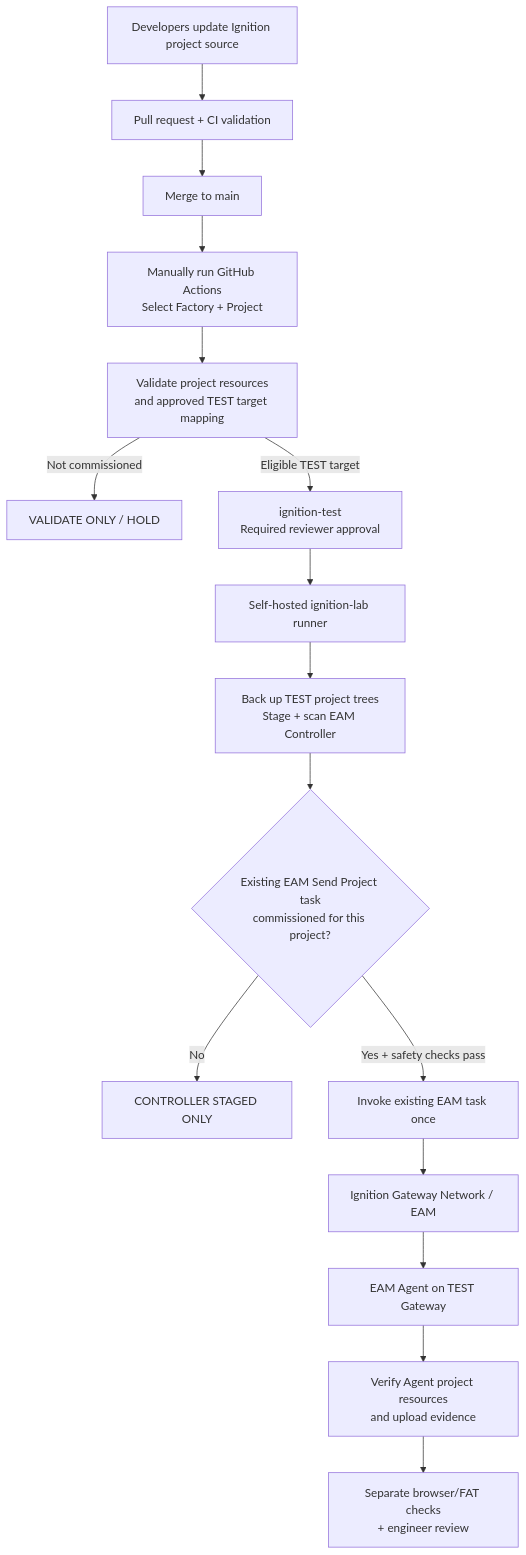
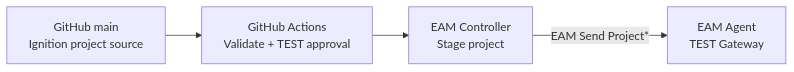
Before and after one commit to tomha85/ignition-cicd: the diagram in README.md, drawn with Mermaid. The commit also changed other lines of this file, not shown here.

Commit message:
docs: reduce CI/CD Mermaid to four main architecture blocks

````diff
--- a/README.md
+++ b/README.md
@@ -8,18 +8,6 @@
 ```mermaid
-flowchart TD
-    A["Developers update Ignition project source"] --> B["Pull request + CI validation"]
-    B --> C["Merge to main"]
-    C --> D["Manually run GitHub Actions<br/>Select Factory + Project"]
-    D --> E["Validate project resources<br/>and approved TEST target mapping"]
-    E -->|Not commissioned| H["VALIDATE ONLY / HOLD"]
-    E -->|Eligible TEST target| F["ignition-test<br/>Required reviewer approval"]
-    F --> G["Self-hosted ignition-lab runner"]
-    G --> I["Back up TEST project trees<br/>Stage + scan EAM Controller"]
-    I --> J{"Existing EAM Send Project task<br/>commissioned for this project?"}
-    J -->|No| K["CONTROLLER STAGED ONLY"]
-    J -->|Yes + safety checks pass| L["Invoke existing EAM task once"]
-    L --> M["Ignition Gateway Network / EAM"]
-    M --> N["EAM Agent on TEST Gateway"]
-    N --> O["Verify Agent project resources<br/>and upload evidence"]
-    O --> P["Separate browser/FAT checks<br/>+ engineer review"]
+flowchart LR
+    A["GitHub main<br/>Ignition project source"] --> B["GitHub Actions<br/>Validate + TEST approval"]
+    B --> C["EAM Controller<br/>Stage project"]
+    C -->|"EAM Send Project*"| D["EAM Agent<br/>TEST Gateway"]
 ```
````
